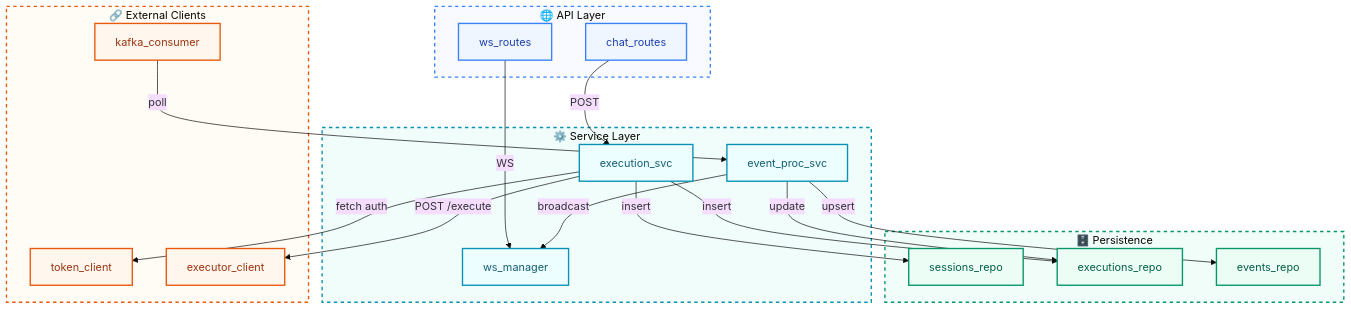
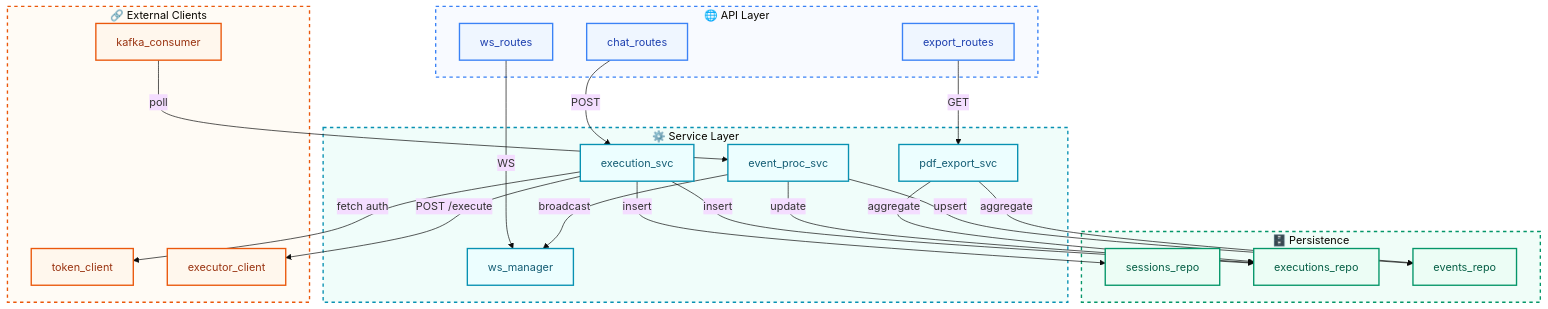
Before and after one commit to sana-work/middleware: the second of 9 diagrams in walkthrough_diagram_pack.md, drawn with Mermaid (base theme). The commit also changed other lines of this file and 2 other files, not shown here.

````diff
--- a/walkthrough_diagram_pack.md
+++ b/walkthrough_diagram_pack.md
@@ -71,58 +70,63 @@
 ```mermaid
 graph TD
     classDef api fill:#eff6ff,stroke:#3b82f6,stroke-width:2px,color:#1e40af
     classDef svc fill:#ecfeff,stroke:#0891b2,stroke-width:2px,color:#155e75
     classDef ext fill:#fff7ed,stroke:#ea580c,stroke-width:2px,color:#9a3412
     classDef db fill:#ecfdf5,stroke:#059669,stroke-width:2px,color:#065f46
 
     subgraph L1 ["🌐 API Layer"]
         CR[chat_routes]:::api
+        EXR[export_routes]:::api
         WR[ws_routes]:::api
     end
 
     subgraph L2 ["⚙️ Service Layer"]
         CES[execution_svc]:::svc
+        PXS[pdf_export_svc]:::svc
         EPS[event_proc_svc]:::svc
         WM[ws_manager]:::svc
     end
 
     subgraph L3 ["🔗 External Clients"]
         TC[token_client]:::ext
         BEC[executor_client]:::ext
         KC[kafka_consumer]:::ext
     end
 
     subgraph L4 ["🗄️ Persistence"]
         SR[sessions_repo]:::db
         ER[executions_repo]:::db
         EVR[events_repo]:::db
     end
 
     %% Enforce Layering
     L1 ~~~ L2
     L2 ~~~ L3
     L2 ~~~ L4
 
     %% API to Services
     CR -->|POST| CES
+    EXR -->|GET| PXS
     WR -->|WS| WM
 
     %% Services to Clients
     CES -->|fetch auth| TC
     CES -->|POST /execute| BEC
     KC -->|poll| EPS
 
     %% Services to DB
     CES -->|insert| SR
     CES -->|insert| ER
     EPS -->|upsert| EVR
     EPS -->|update| ER
+    PXS -->|aggregate| ER
+    PXS -->|aggregate| EVR
 
     %% Internal Service
     EPS -->|broadcast| WM
 
     style L1 fill:#f8faff,stroke:#3b82f6,stroke-width:2px,stroke-dasharray: 5 5
     style L2 fill:#f0fdfa,stroke:#0891b2,stroke-width:2px,stroke-dasharray: 5 5
     style L3 fill:#fffbf5,stroke:#ea580c,stroke-width:2px,stroke-dasharray: 5 5
     style L4 fill:#f0fdf8,stroke:#059669,stroke-width:2px,stroke-dasharray: 5 5
 ```
````
